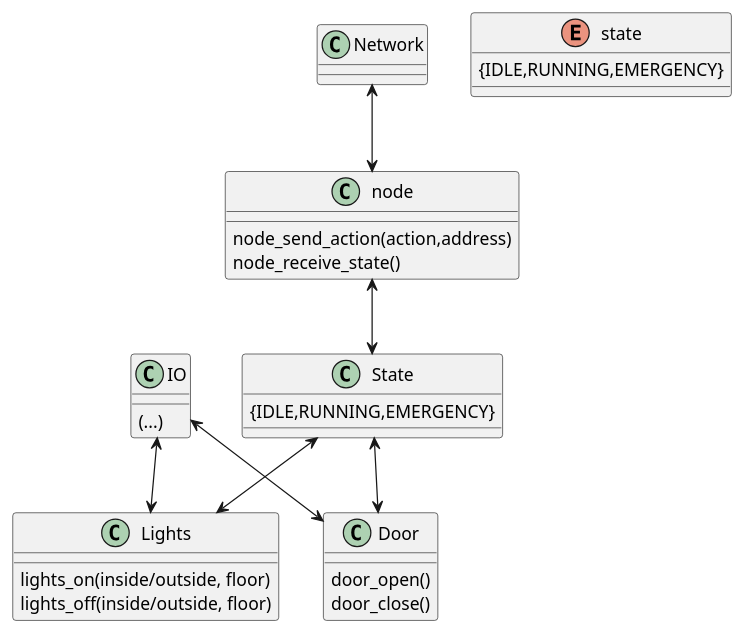
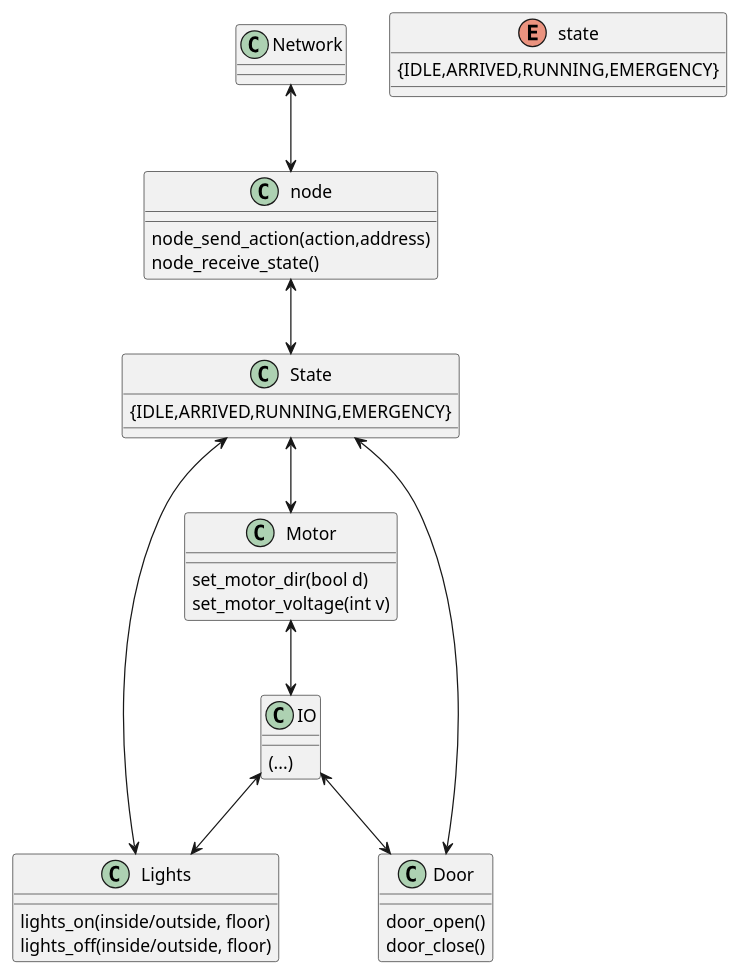
Before and after one commit to eivindhstray/Sanntid: the diagram in Design/elevator.plantuml, drawn with PlantUML.

Commit message:
added state + motor

```diff
--- a/Design/elevator.plantuml
+++ b/Design/elevator.plantuml
@@ -1,50 +1,58 @@
 @startuml
 
 class Network{
 
 }
 
 class node{
   node_send_action(action,address)
   node_receive_state()
+
 }
 
 class IO{
   (...)
 }
 
 class Lights{
   lights_on(inside/outside, floor)
   lights_off(inside/outside, floor)
 }
 
 enum state{
-  {IDLE,RUNNING,EMERGENCY}
+  {IDLE,ARRIVED,RUNNING,EMERGENCY}
 }
 
 class Door{
   door_open()
   door_close()
 }
 
 class State{
-  {IDLE,RUNNING,EMERGENCY}
+  {IDLE,ARRIVED,RUNNING,EMERGENCY}
 
+}
+
+class Motor {
+    set_motor_dir(bool d)
+    set_motor_voltage(int v)
+    
 }
 
 Network <--> node
 
 node <--> State
 
 IO <--> Door
 
 IO <--> Lights
 
 State <-->Lights
 
 State <--> Door
 
+State <--> Motor
 
-
+Motor <--> IO
 
 @enduml
```
